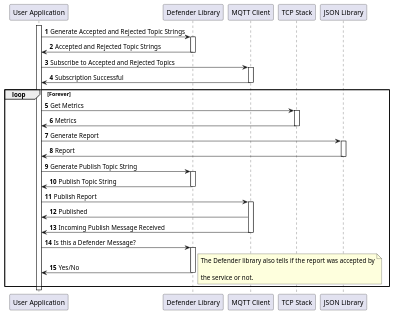
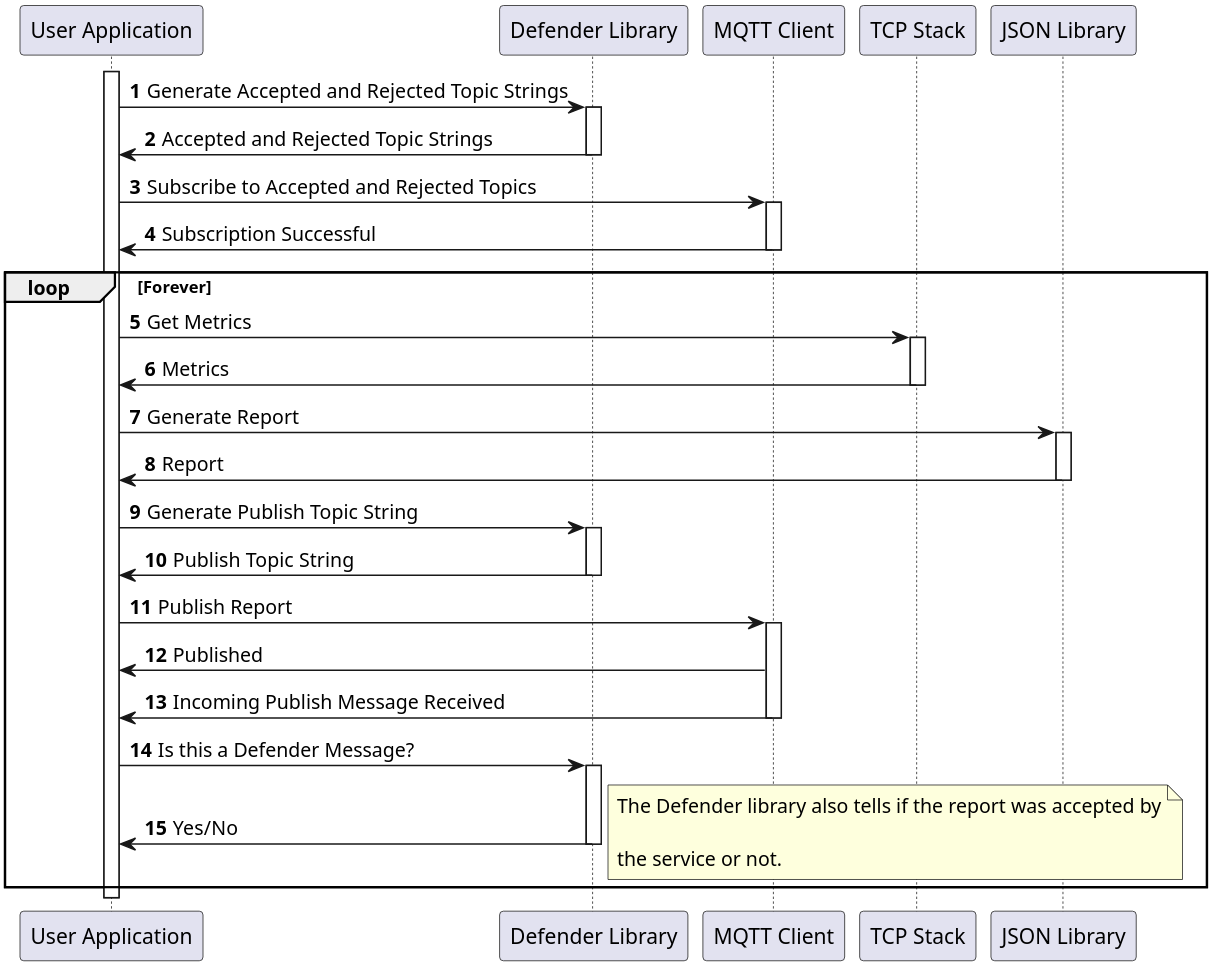
One commit to aws/Device-Defender-for-AWS-IoT-embedded-sdk changed the diagram in docs/plantuml/defender_design_operations.pu. Above: the diagram before and after it, drawn with PlantUML. The commit also changed 9 other files, not shown here.

```diff
--- a/docs/plantuml/defender_design_operations.pu
+++ b/docs/plantuml/defender_design_operations.pu
@@ -1,63 +1,66 @@
 @startuml
+skinparam dpi 300
+skinparam classFontSize 8
+skinparam classFontName Helvetica
 autonumber
 
 participant "User Application" as App
 participant "Defender Library" as Defender
 participant "MQTT Client" as MQTT
 participant "TCP Stack" as TCP
 participant "JSON Library" as JSON
 
 activate App
 App -> Defender : Generate Accepted and Rejected Topic Strings
 
 activate Defender
 Defender -> App : Accepted and Rejected Topic Strings
 deactivate Defender
 
 App -> MQTT : Subscribe to Accepted and Rejected Topics
 
 activate MQTT
 MQTT -> App : Subscription Successful
 deactivate MQTT
 
 loop Forever
     App -> TCP : Get Metrics
 
     activate TCP
     TCP -> App : Metrics
     deactivate TCP
 
     App -> JSON : Generate Report
 
     activate JSON
     JSON -> App : Report
     deactivate JSON
 
     App -> Defender : Generate Publish Topic String
 
     activate Defender
     Defender -> App : Publish Topic String
     deactivate Defender
 
     App -> MQTT : Publish Report
 
     activate MQTT
     MQTT -> App : Published
     MQTT -> App : Incoming Publish Message Received
     deactivate MQTT
 
     App -> Defender : Is this a Defender Message?
 
     activate Defender
     Defender -> App : Yes/No
         note right
             The Defender library also tells if the report was accepted by
 
             the service or not.
         endnote
     deactivate Defender
 end
 
 deactivate App
 
 @enduml
```
